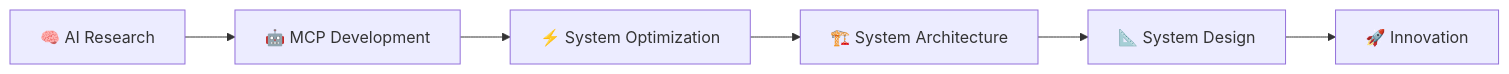
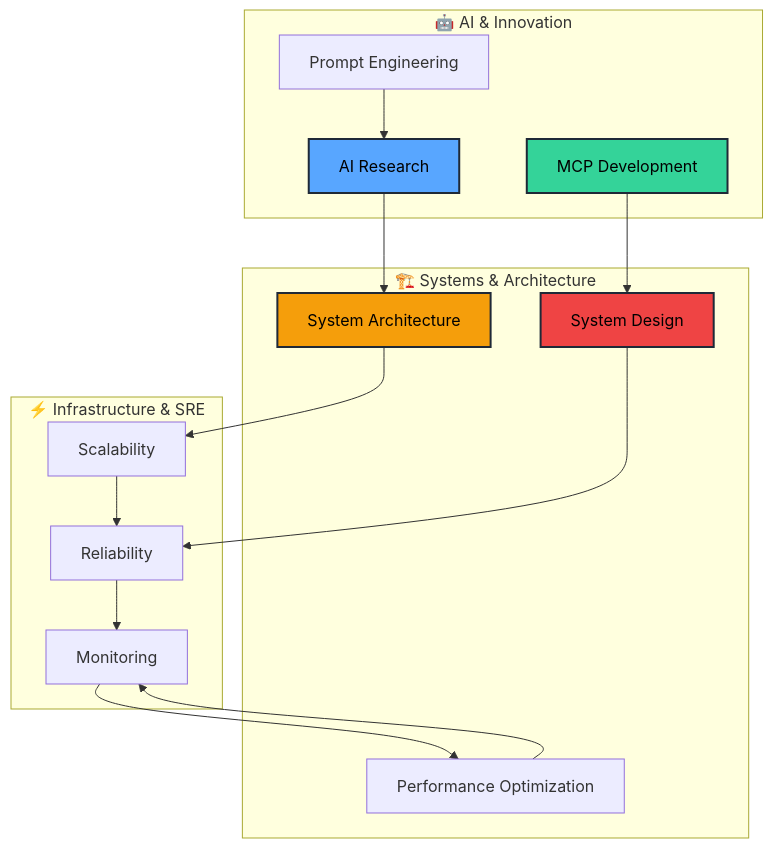
The diagram in README.md (Arefin090/Arefin090), drawn with Mermaid before and after one commit.

Commit message:
🎨 Create sophisticated interconnected diagram showing relationships between focus areas

````diff
--- a/README.md
+++ b/README.md
@@ -33,8 +33,35 @@
 ```mermaid
-graph LR
-    A[🧠 AI Research] --> B[🤖 MCP Development]
-    B --> C[⚡ System Optimization]
-    C --> D[🏗️ System Architecture]
-    D --> E[📐 System Design]
-    E --> F[🚀 Innovation]
+graph TB
+    subgraph "🤖 AI & Innovation"
+        A[AI Research]
+        B[MCP Development]
+        C[Prompt Engineering]
+    end
+    
+    subgraph "🏗️ Systems & Architecture"
+        D[System Architecture]
+        E[System Design]
+        F[Performance Optimization]
+    end
+    
+    subgraph "⚡ Infrastructure & SRE"
+        G[Scalability]
+        H[Reliability]
+        I[Monitoring]
+    end
+    
+    A --> D
+    B --> E
+    C --> A
+    D --> G
+    E --> H
+    F --> I
+    G --> H
+    H --> I
+    I --> F
+    
+    style A fill:#58A6FF,stroke:#1f2937,stroke-width:2px,color:#000
+    style B fill:#34D399,stroke:#1f2937,stroke-width:2px,color:#000
+    style D fill:#F59E0B,stroke:#1f2937,stroke-width:2px,color:#000
+    style E fill:#EF4444,stroke:#1f2937,stroke-width:2px,color:#000
 ```
````
